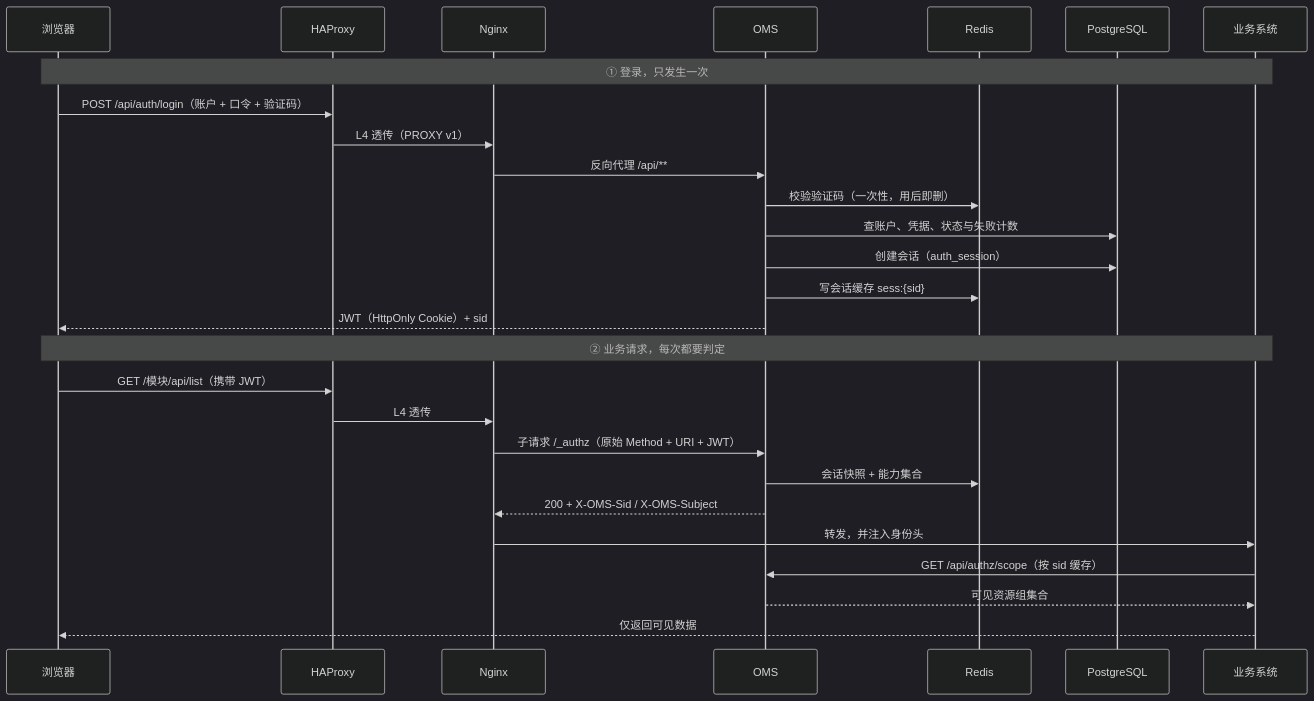
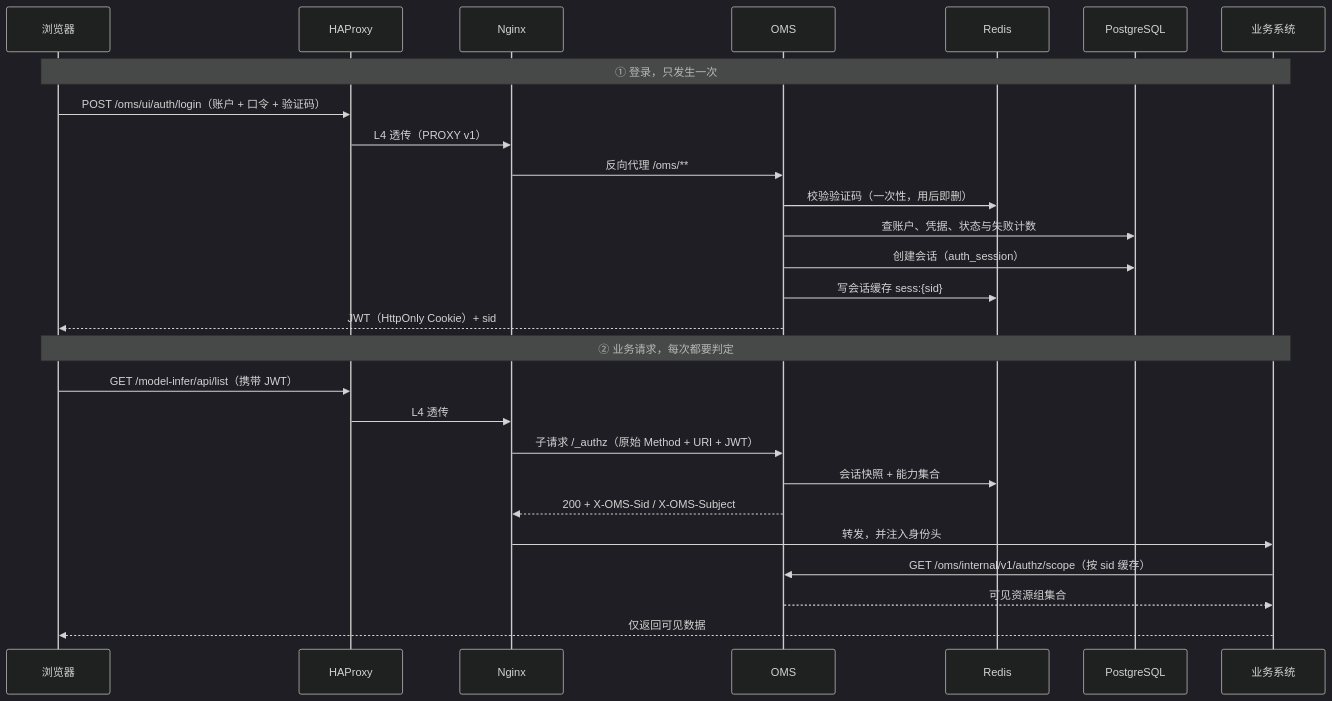
The seventh of 16 diagrams in design/OMS-总体设计-精炼版.md (HaoruiSong622/OMS), drawn with Mermaid (dark theme) before and after one commit. The commit also changed other lines of this file and 1 other file, not shown here.

````diff
--- a/design/OMS-总体设计-精炼版.md
+++ b/design/OMS-总体设计-精炼版.md
@@ -447,29 +481,29 @@
 ```mermaid
 sequenceDiagram
   participant B as 浏览器
   participant H as HAProxy
   participant N as Nginx
   participant O as OMS
   participant R as Redis
   participant P as PostgreSQL
   participant S as 业务系统
   Note over B,S: ① 登录，只发生一次
-  B->>H: POST /api/auth/login（账户 + 口令 + 验证码）
+  B->>H: POST /oms/ui/auth/login（账户 + 口令 + 验证码）
   H->>N: L4 透传（PROXY v1）
-  N->>O: 反向代理 /api/**
+  N->>O: 反向代理 /oms/**
   O->>R: 校验验证码（一次性，用后即删）
   O->>P: 查账户、凭据、状态与失败计数
   O->>P: 创建会话（auth_session）
   O->>R: 写会话缓存 sess:{sid}
   O-->>B: JWT（HttpOnly Cookie）+ sid
   Note over B,S: ② 业务请求，每次都要判定
-  B->>H: GET /模块/api/list（携带 JWT）
+  B->>H: GET /model-infer/api/list（携带 JWT）
   H->>N: L4 透传
   N->>O: 子请求 /_authz（原始 Method + URI + JWT）
   O->>R: 会话快照 + 能力集合
   O-->>N: 200 + X-OMS-Sid / X-OMS-Subject
   N->>S: 转发，并注入身份头
-  S->>O: GET /api/authz/scope（按 sid 缓存）
+  S->>O: GET /oms/internal/v1/authz/scope（按 sid 缓存）
   O-->>S: 可见资源组集合
   S-->>B: 仅返回可见数据
 ```
````
